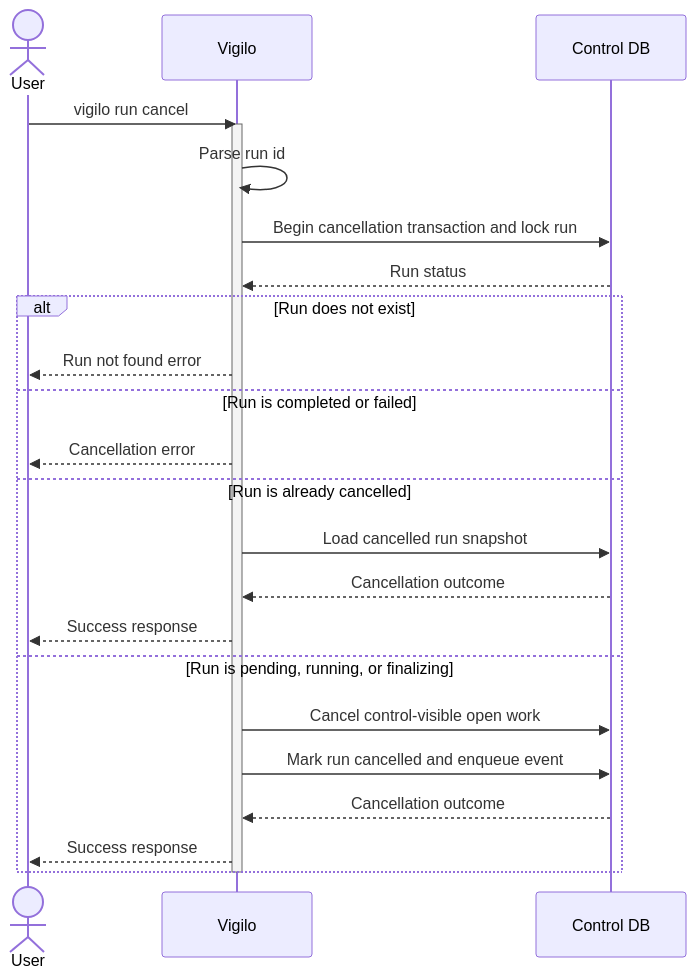
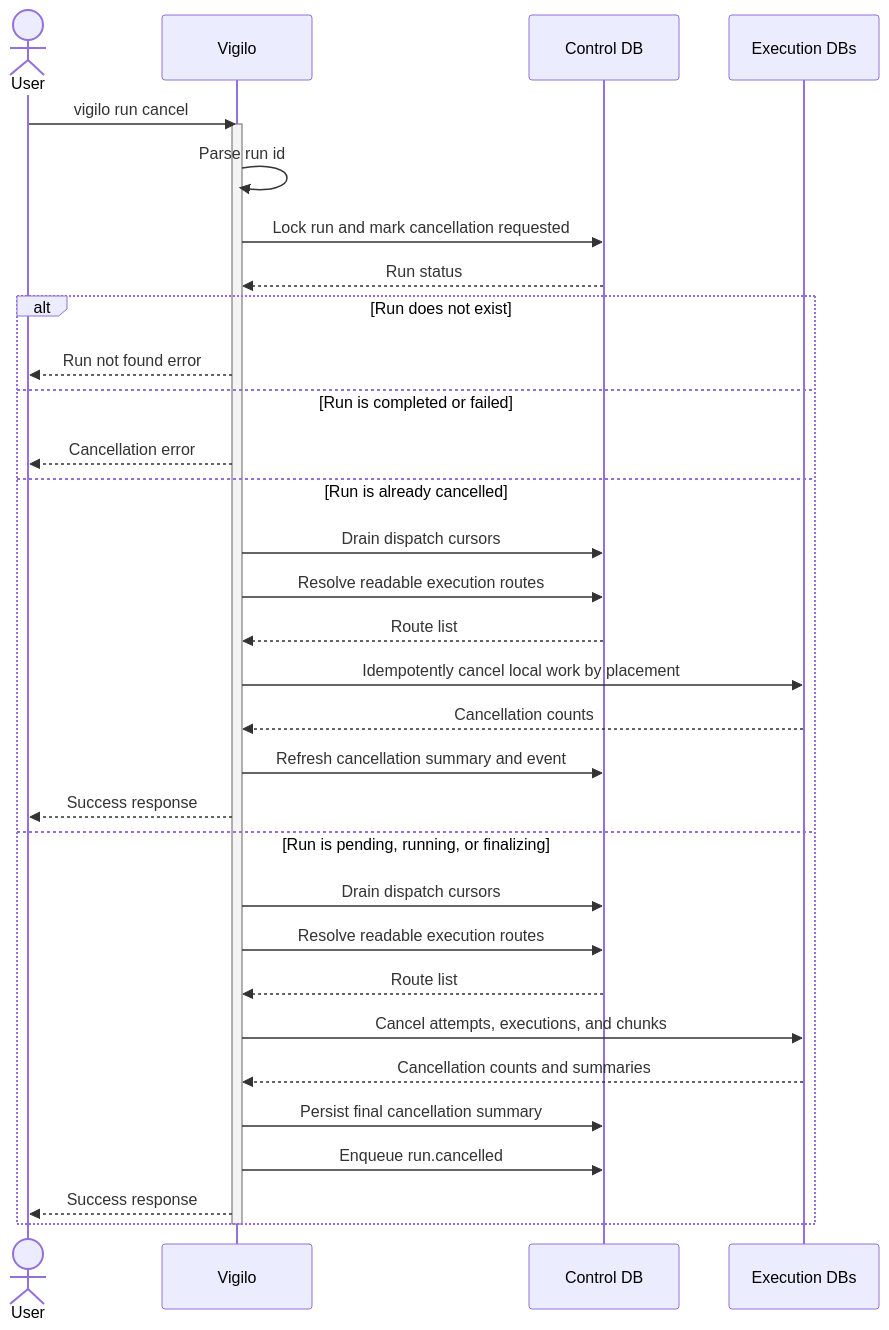
The diagram in web/docs/architecture/flows/run/cancel/execution-flow.mmd (gregl83/agent-vigilo), drawn with Mermaid before and after one commit. The commit also changed 17 other files, not shown here.

Commit message:
fix run cancellation for shard routing

```diff
--- a/web/docs/architecture/flows/run/cancel/execution-flow.mmd
+++ b/web/docs/architecture/flows/run/cancel/execution-flow.mmd
@@ -1,34 +1,43 @@
 ---
 config:
   flowchart:
     nodeSpacing: 150
     rankSpacing: 80
   themeVariables:
     edgeLabelBackground: 'transparent'
 ---
 sequenceDiagram
     actor User
     participant Vigilo
     participant ControlDB as Control DB
+    participant ExecDB as Execution DBs
 
     User->>Vigilo: vigilo run cancel
     activate Vigilo
     Vigilo->>Vigilo: Parse run id
-    Vigilo->>ControlDB: Begin cancellation transaction and lock run
+    Vigilo->>ControlDB: Lock run and mark cancellation requested
     ControlDB-->>Vigilo: Run status
 
     alt Run does not exist
         Vigilo-->>User: Run not found error
     else Run is completed or failed
         Vigilo-->>User: Cancellation error
     else Run is already cancelled
-        Vigilo->>ControlDB: Load cancelled run snapshot
-        ControlDB-->>Vigilo: Cancellation outcome
+        Vigilo->>ControlDB: Drain dispatch cursors
+        Vigilo->>ControlDB: Resolve readable execution routes
+        ControlDB-->>Vigilo: Route list
+        Vigilo->>ExecDB: Idempotently cancel local work by placement
+        ExecDB-->>Vigilo: Cancellation counts
+        Vigilo->>ControlDB: Refresh cancellation summary and event
         Vigilo-->>User: Success response
     else Run is pending, running, or finalizing
-        Vigilo->>ControlDB: Cancel control-visible open work
-        Vigilo->>ControlDB: Mark run cancelled and enqueue event
-        ControlDB-->>Vigilo: Cancellation outcome
+        Vigilo->>ControlDB: Drain dispatch cursors
+        Vigilo->>ControlDB: Resolve readable execution routes
+        ControlDB-->>Vigilo: Route list
+        Vigilo->>ExecDB: Cancel attempts, executions, and chunks
+        ExecDB-->>Vigilo: Cancellation counts and summaries
+        Vigilo->>ControlDB: Persist final cancellation summary
+        Vigilo->>ControlDB: Enqueue run.cancelled
         Vigilo-->>User: Success response
     end
     deactivate Vigilo
```
